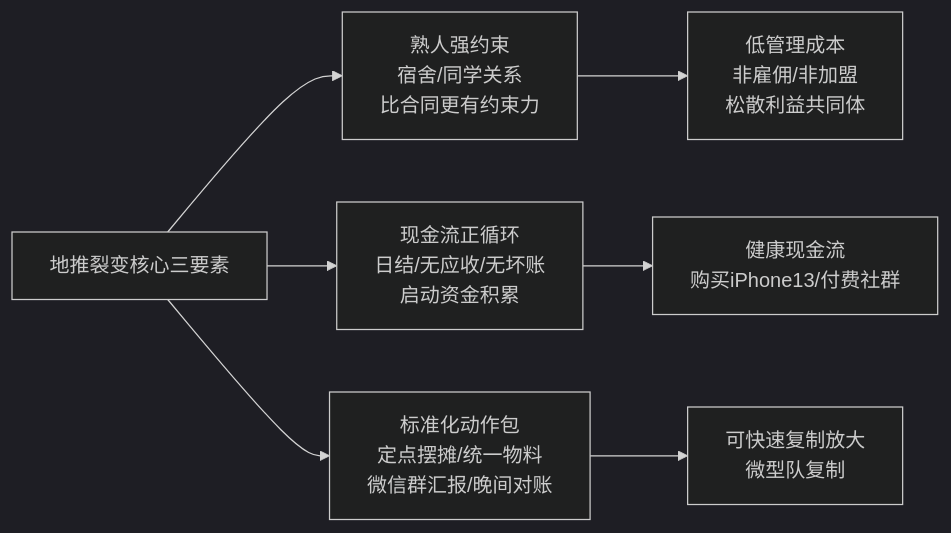
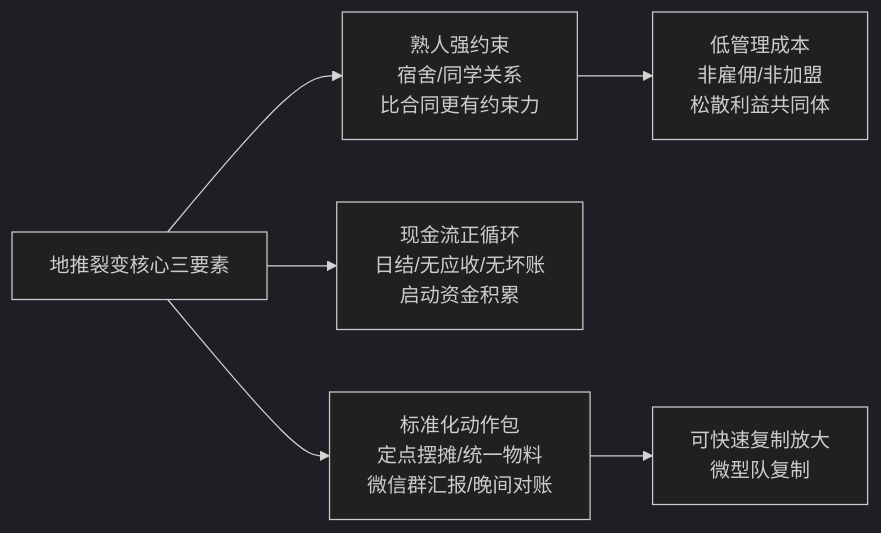
One commit to OpenDocCN1/flygon-zhuanqian-zhoubao changed the ninth of 19 diagrams in docs/202303_paper2textbook/asset/body_fix_2a77581c5af5cacf2c736ac308a8f564_3cf5f28d6ee5ee42b85c8e2c18b9bac8_511abf36cee83a33a8e237d69215a3fd_b45ecdf777756e9875ab13be7b2caeb9.md. Above: the diagram before and after it, drawn with Mermaid (dark theme). The commit also changed other lines of this file and 14991 other files, not shown here.

````diff
--- a/docs/202303_paper2textbook/asset/body_fix_2a77581c5af5cacf2c736ac308a8f564_3cf5f28d6ee5ee42b85c8e2c18b9bac8_511abf36cee83a33a8e237d69215a3fd_b45ecdf777756e9875ab13be7b2caeb9.md
+++ b/docs/202303_paper2textbook/asset/body_fix_2a77581c5af5cacf2c736ac308a8f564_3cf5f28d6ee5ee42b85c8e2c18b9bac8_511abf36cee83a33a8e237d69215a3fd_b45ecdf777756e9875ab13be7b2caeb9.md
@@ -543,10 +543,9 @@
 ```mermaid
 flowchart LR
     A[地推裂变核心三要素] --> B[熟人强约束<br/>宿舍/同学关系<br/>比合同更有约束力]
     A --> C[现金流正循环<br/>日结/无应收/无坏账<br/>启动资金积累]
     A --> D[标准化动作包<br/>定点摆摊/统一物料<br/>微信群汇报/晚间对账]
     
     B --> E[低管理成本<br/>非雇佣/非加盟<br/>松散利益共同体]
-    C --> F[健康现金流<br/>购买iPhone13/付费社群]
     D --> G[可快速复制放大<br/>微型队复制]
 ```
````
